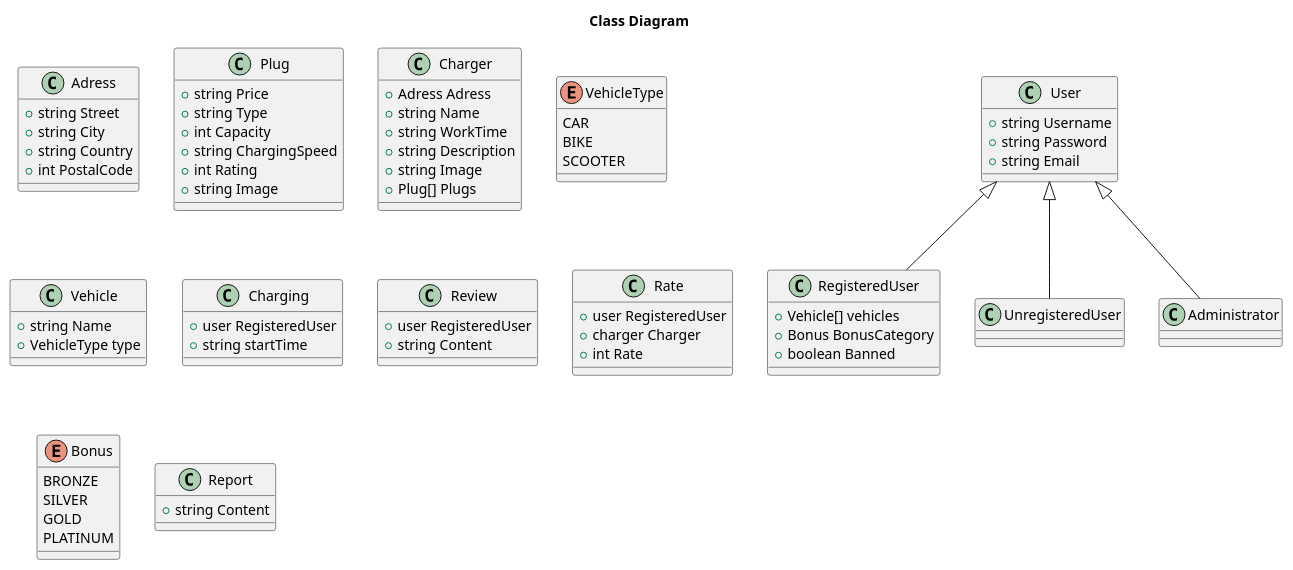
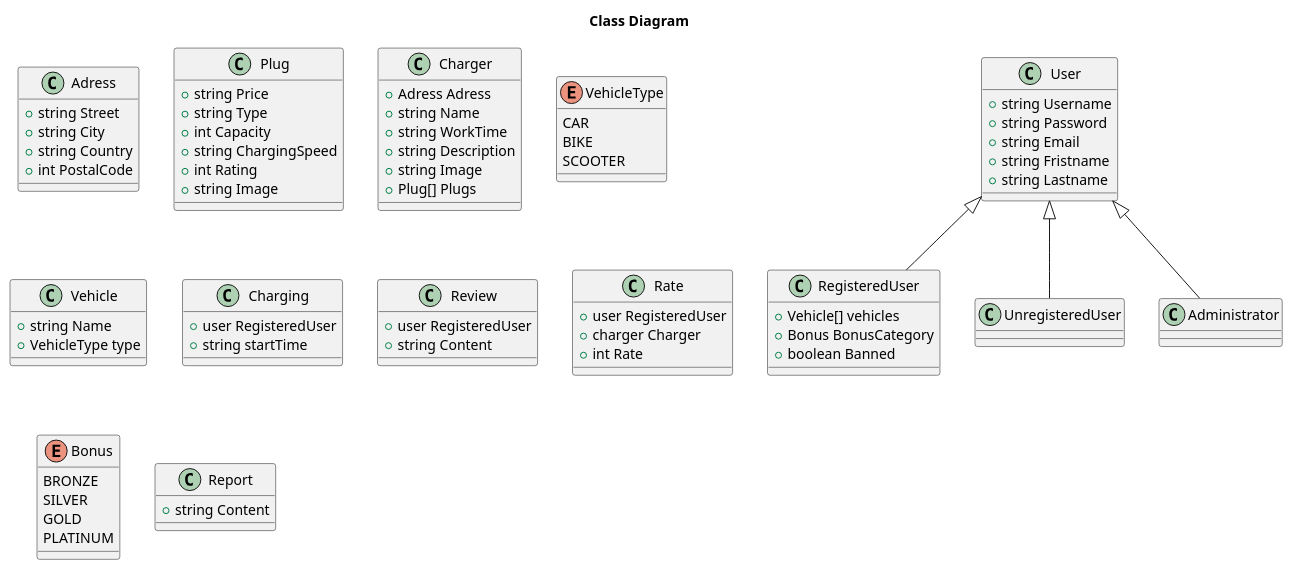
One commit to BoJaN77799/e-chargers changed the diagram in e-chargers.puml. Above: the diagram before and after it, drawn with PlantUML. The commit also changed 75 other files, not shown here.

```diff
--- a/e-chargers.puml
+++ b/e-chargers.puml
@@ -1,84 +1,86 @@
 @startuml
 
 title Class Diagram
 
 class Adress {
   +string Street
   +string City
   +string Country
   +int PostalCode
 }
 
 class Plug {
     +string Price
     +string Type
     +int Capacity
     +string ChargingSpeed
     +int Rating
     +string Image
 }
 
 class Charger {
   +Adress Adress
   +string Name
   +string WorkTime
   +string Description
   +string Image
   +Plug[] Plugs
 }
 
 class User {
     +string Username
     +string Password
     +string Email
+    +string Fristname
+    +string Lastname
 }
 
 enum VehicleType {
     CAR
     BIKE
     SCOOTER
 }
 
 class Vehicle {
     +string Name
     +VehicleType type
 }
 
 class RegisteredUser {
     +Vehicle[] vehicles
     +Bonus BonusCategory
     +boolean Banned
 }
 
 User <|-- RegisteredUser
 User <|-- UnregisteredUser
 User <|-- Administrator
 
 class Charging {
     +user RegisteredUser
     +string startTime
 }
 
 class Review {
     +user RegisteredUser
     +string Content
 }
 
 class Rate {
     +user RegisteredUser
     +charger Charger
     +int Rate
 }
 
 enum Bonus {
     BRONZE
     SILVER
     GOLD
     PLATINUM
 }
 
 class Report {
     +string Content
 }
 
 @enduml
```
